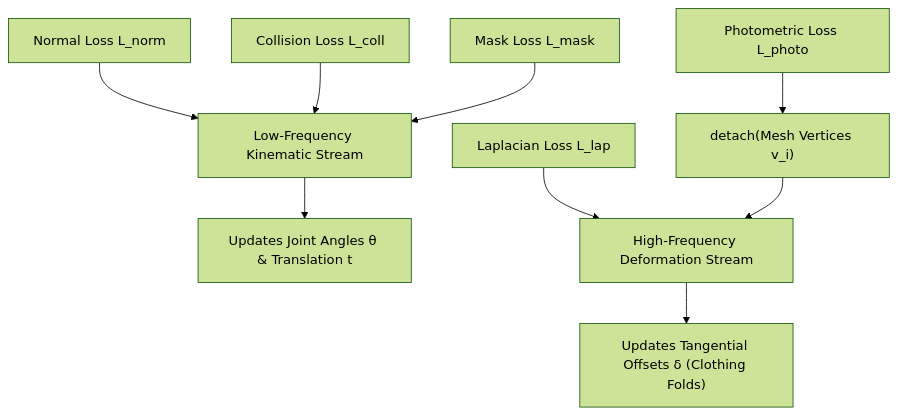
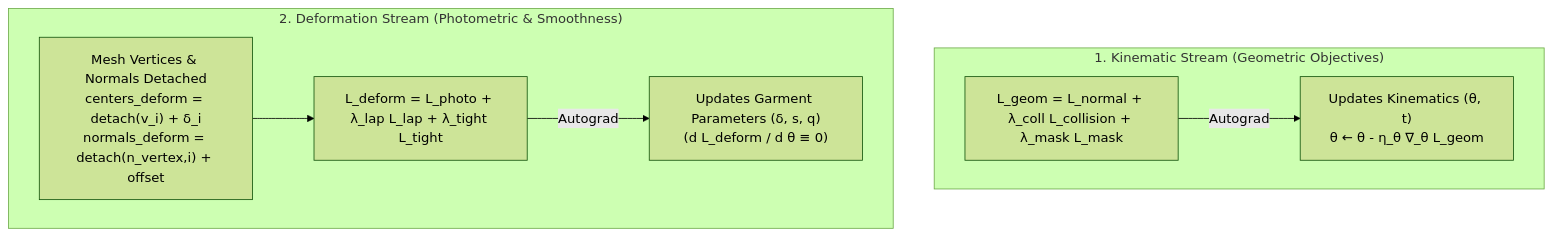
The fifth of 5 diagrams in documents/md/notes/02_diffnorm_mathematical_foundations.md (TienDat8605/DiffNorm-Contact-HMR), drawn with Mermaid (forest theme) before and after one commit. The commit also changed other lines of this file and 16 other files, not shown here.

````diff
--- a/documents/md/notes/02_diffnorm_mathematical_foundations.md
+++ b/documents/md/notes/02_diffnorm_mathematical_foundations.md
@@ -283,12 +221,13 @@
 ```mermaid
 flowchart TD
-    LossNorm["Normal Loss L_norm"] --> LowFreq["Low-Frequency Kinematic Stream"]
-    LossColl["Collision Loss L_coll"] --> LowFreq
-    LossMask["Mask Loss L_mask"] --> LowFreq
-    LowFreq --> Pose["Updates Joint Angles θ & Translation t"]
+    subgraph Kinematic_Pass ["1. Kinematic Stream (Geometric Objectives)"]
+        L_geom["L_geom = L_normal + λ_coll L_collision + λ_mask L_mask"]
+        L_geom -->|Autograd| UPDATE_KIN["Updates Kinematics (θ, t)\nθ ← θ - η_θ ∇_θ L_geom"]
+    end
 
-    LossPhoto["Photometric Loss L_photo"] --> Detach["detach(Mesh Vertices v_i)"]
-    LossLap["Laplacian Loss L_lap"] --> HighFreq["High-Frequency Deformation Stream"]
-    Detach --> HighFreq
-    HighFreq --> Offsets["Updates Tangential Offsets δ (Clothing Folds)"]
+    subgraph Deform_Pass ["2. Deformation Stream (Photometric & Smoothness)"]
+        DETACH["Mesh Vertices & Normals Detached\ncenters_deform = detach(v_i) + δ_i\nnormals_deform = detach(n_vertex,i) + offset"]
+        DETACH --> L_deform["L_deform = L_photo + λ_lap L_lap + λ_tight L_tight"]
+        L_deform -->|Autograd| UPDATE_DEF["Updates Garment Parameters (δ, s, q)\n(d L_deform / d θ ≡ 0)"]
+    end
 ```
````
